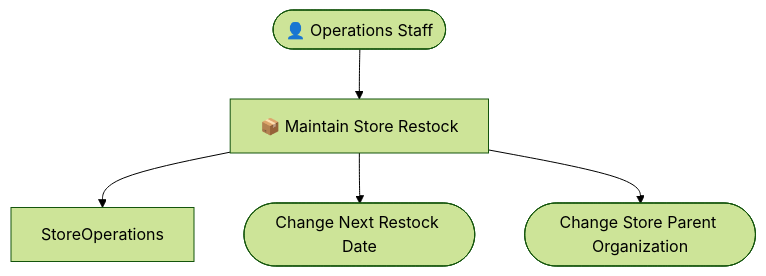
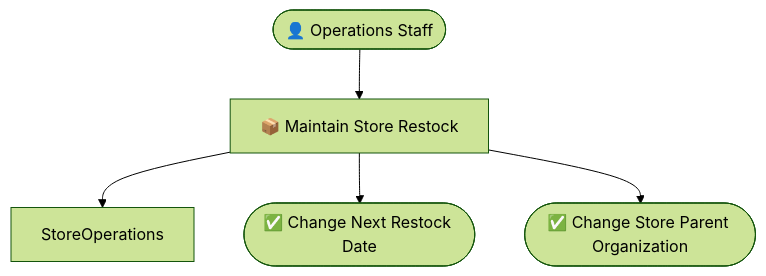
The diagram in samples/incremental-order/step-1-buc-skeleton/design.md (manji-0/rdra-ish-dsl), drawn with Mermaid (forest theme) before and after one commit. The commit also changed 114 other files, not shown here.

Commit message:
feat: update rdra diagram layering

````diff
--- a/samples/incremental-order/step-1-buc-skeleton/design.md
+++ b/samples/incremental-order/step-1-buc-skeleton/design.md
@@ -47,11 +47,11 @@
 ```mermaid
 graph TD
   OpsStaff(["👤 Operations Staff"])
-  ChangeNextRestockDate(["Change Next Restock Date"])
-  ChangeStoreParentOrganization(["Change Store Parent Organization"])
+  ChangeNextRestockDate(["✅ Change Next Restock Date"])
+  ChangeStoreParentOrganization(["✅ Change Store Parent Organization"])
   BucStoreRestock["📦 Maintain Store Restock"]
   OpsStaff --> BucStoreRestock
   BucStoreRestock --> StoreOperations
   BucStoreRestock --> ChangeNextRestockDate
   BucStoreRestock --> ChangeStoreParentOrganization
 ```
````
